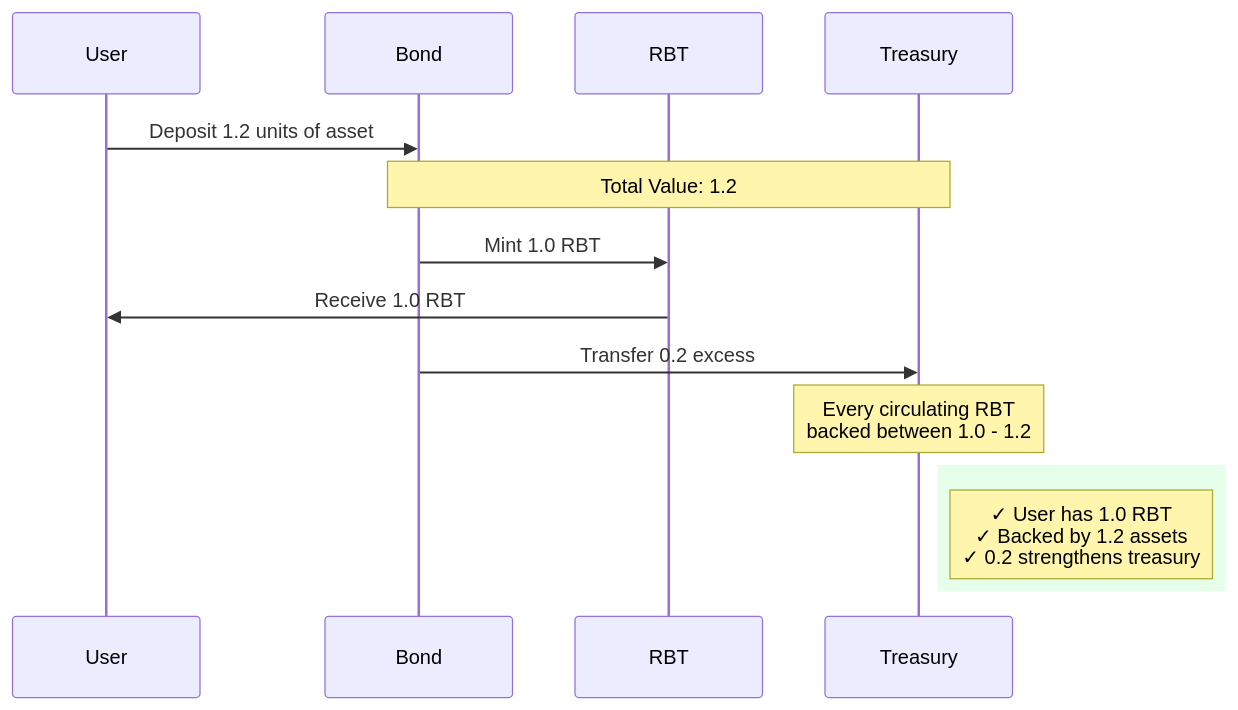
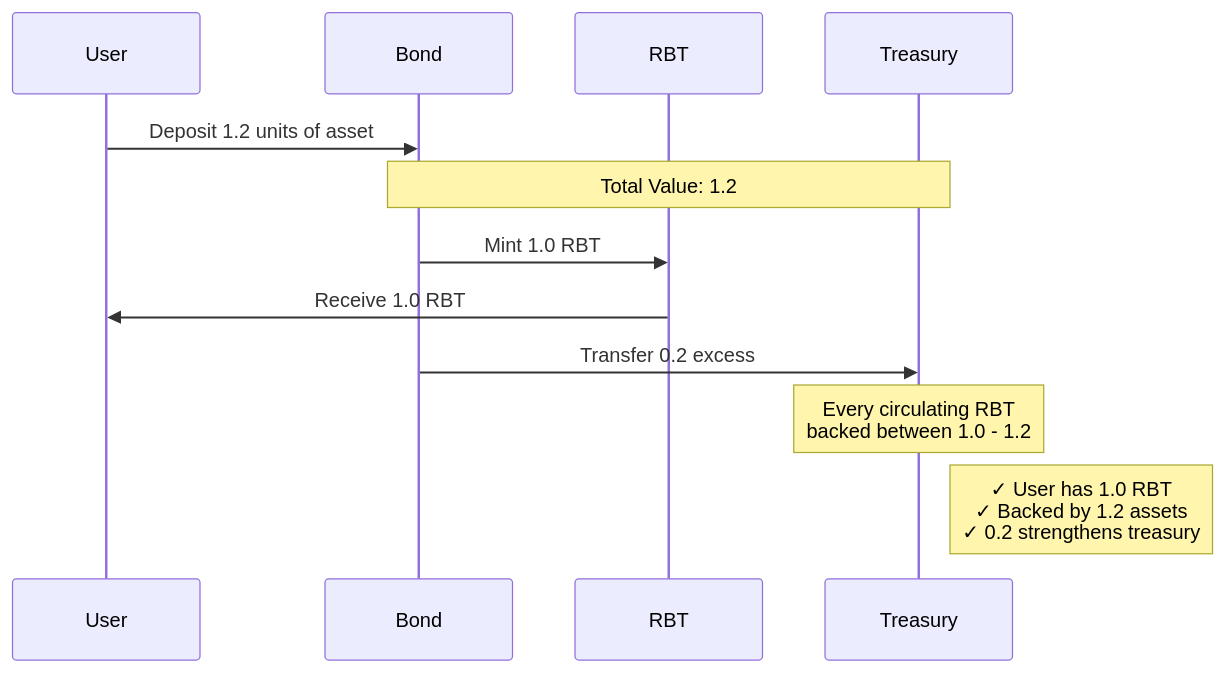
Before and after one commit to 0xJaehaerys/ohmega: the second of 10 diagrams in docs/NOTANOHMFORK_DIAGRAMS.md, drawn with Mermaid. The commit also changed other lines of this file, not shown here.

Commit message:
Remove colors from diagrams

````diff
--- a/docs/NOTANOHMFORK_DIAGRAMS.md
+++ b/docs/NOTANOHMFORK_DIAGRAMS.md
@@ -65,22 +60,19 @@
 ```mermaid
 sequenceDiagram
     participant User
     participant Bond
     participant RBT
     participant Treasury
     
     User->>Bond: Deposit 1.2 units of asset
     
     Note over Bond,Treasury: Total Value: 1.2
     
     Bond->>RBT: Mint 1.0 RBT
     RBT->>User: Receive 1.0 RBT
     
     Bond->>Treasury: Transfer 0.2 excess
     
     Note over Treasury: Every circulating RBT<br/>backed between 1.0 - 1.2
-    
-    rect rgb(0, 255, 65, 0.1)
-        Note right of Treasury: ✓ User has 1.0 RBT<br/>✓ Backed by 1.2 assets<br/>✓ 0.2 strengthens treasury
-    end
+    Note right of Treasury: ✓ User has 1.0 RBT<br/>✓ Backed by 1.2 assets<br/>✓ 0.2 strengthens treasury
 ```
````
